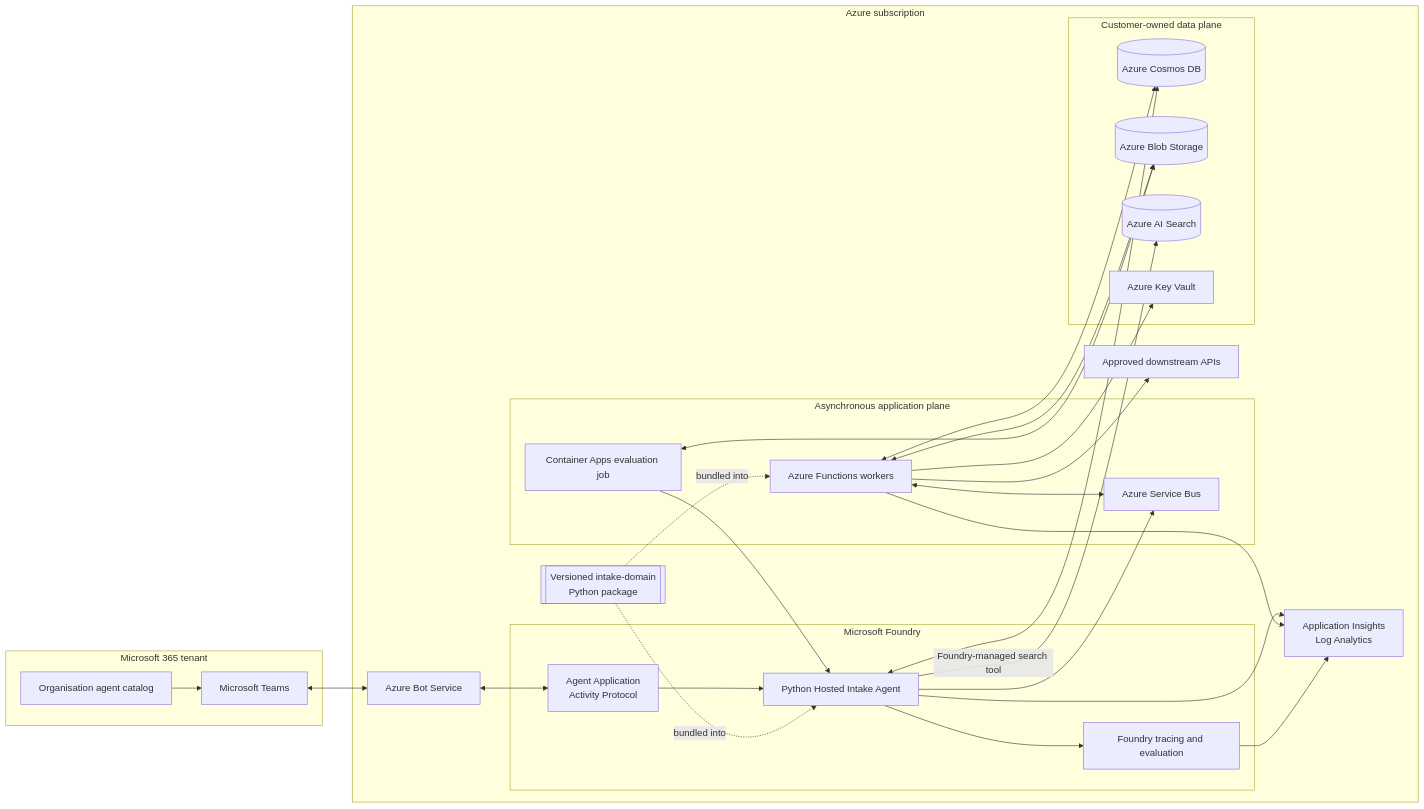
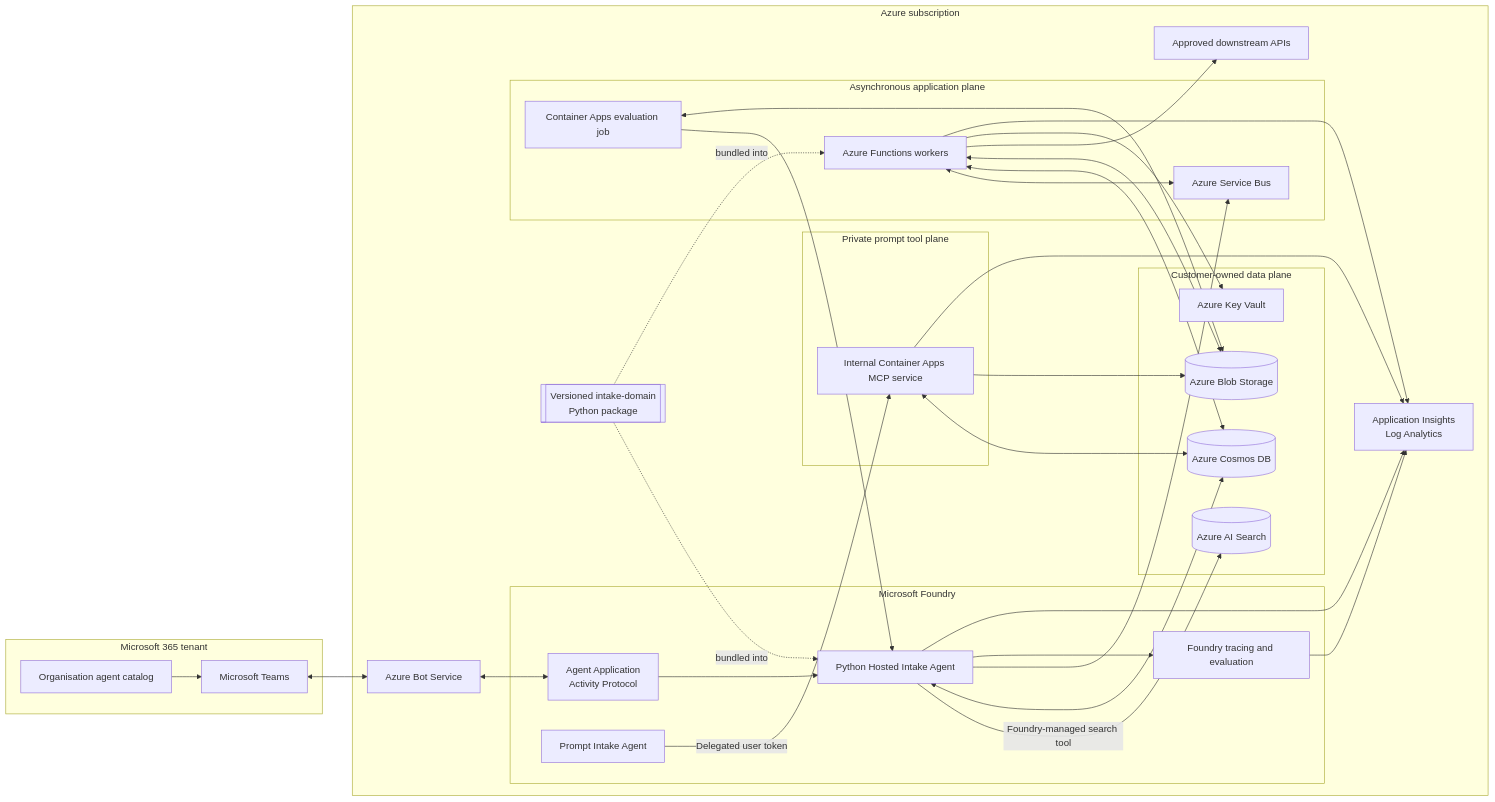
Before and after one commit to duongthaiha/intake-agent: the second of 12 diagrams in architecture.md, drawn with Mermaid. The commit also changed other lines of this file and 49 other files, not shown here.

Commit message:
feat: add side-by-side prompt intake agent

````diff
--- a/architecture.md
+++ b/architecture.md
@@ -106,56 +113,65 @@
 ```mermaid
 flowchart LR
     subgraph M365["Microsoft 365 tenant"]
         Teams[Microsoft Teams]
         Catalog[Organisation agent catalog]
     end
 
     subgraph Azure["Azure subscription"]
         Bot[Azure Bot Service]
 
         subgraph Foundry["Microsoft Foundry"]
             App[Agent Application<br/>Activity Protocol]
             Agent[Python Hosted Intake Agent]
+            Prompt[Prompt Intake Agent]
             Eval[Foundry tracing and evaluation]
+        end
+
+        subgraph PromptToolPlane["Private prompt tool plane"]
+            MCP[Internal Container Apps MCP service]
         end
 
         subgraph AppPlane["Asynchronous application plane"]
             Bus[Azure Service Bus]
             Workers[Azure Functions workers]
             EvalJob[Container Apps evaluation job]
         end
 
         DomainPackage[[Versioned intake-domain<br/>Python package]]
 
         subgraph DataPlane["Customer-owned data plane"]
             Cosmos[(Azure Cosmos DB)]
             Blob[(Azure Blob Storage)]
             Search[(Azure AI Search)]
             Vault[Azure Key Vault]
         end
 
         Monitor[Application Insights<br/>Log Analytics]
         External[Approved downstream APIs]
     end
 
     Catalog --> Teams
     Teams <--> Bot
     Bot <--> App
     App --> Agent
+    Prompt -->|Delegated user token| MCP
+    MCP <--> Cosmos
+    MCP --> Blob
     Agent -->|Foundry-managed search tool| Search
     Agent <--> Cosmos
     Agent --> Bus
     DomainPackage -. bundled into .-> Agent
     DomainPackage -. bundled into .-> Workers
     Workers <--> Bus
     Workers <--> Cosmos
     Workers <--> Blob
     Workers --> External
     EvalJob --> Agent
     EvalJob <--> Blob
     Workers --> Vault
     Agent --> Eval
     Agent --> Monitor
+    MCP --> Monitor
     Workers --> Monitor
     Eval --> Monitor
 ```
````
